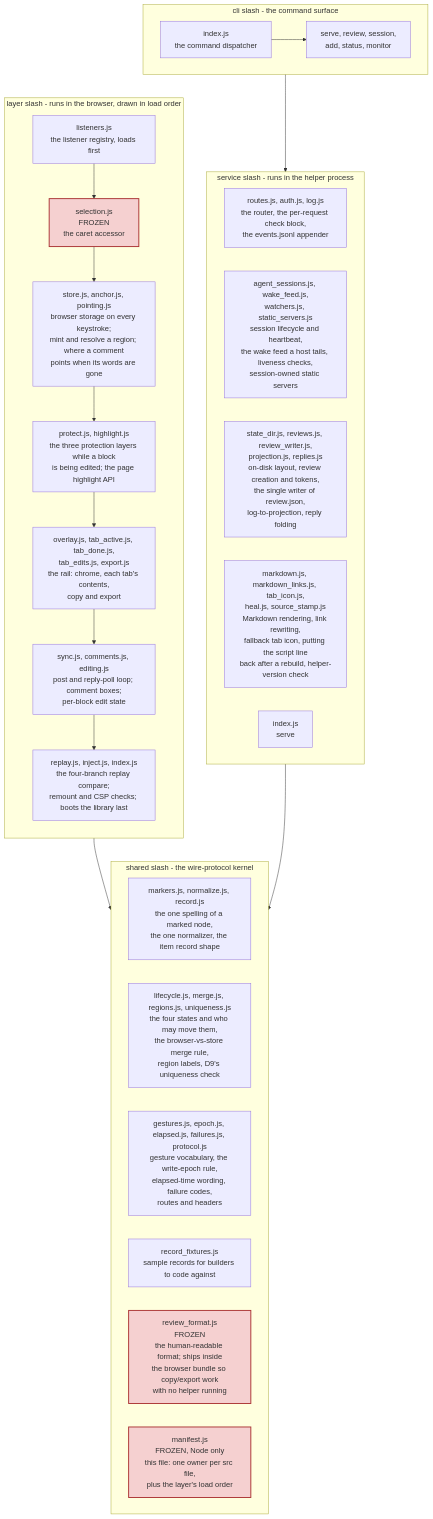
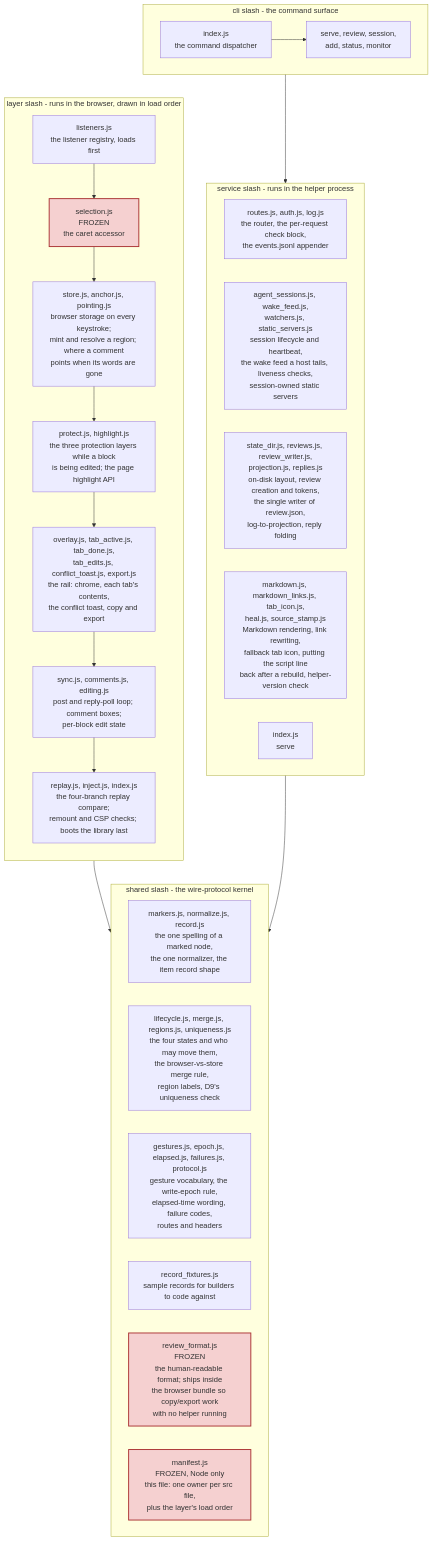
One commit to kenxle/live-agentic-html-editor changed the diagram in docs/diagrams/module_map.md. Above: the diagram before and after it, drawn with Mermaid. The commit also changed 10 other files, not shown here.

````diff
--- a/docs/diagrams/module_map.md
+++ b/docs/diagrams/module_map.md
@@ -5,44 +5,44 @@
 ```mermaid
 flowchart TD
     subgraph SHARED["shared slash - the wire-protocol kernel"]
         SH_CORE["markers.js, normalize.js, record.js<br/>the one spelling of a marked node,<br/>the one normalizer, the item record shape"]
         SH_RULES["lifecycle.js, merge.js, regions.js, uniqueness.js<br/>the four states and who may move them,<br/>the browser-vs-store merge rule,<br/>region labels, D9's uniqueness check"]
         SH_MISC["gestures.js, epoch.js, elapsed.js, failures.js, protocol.js<br/>gesture vocabulary, the write-epoch rule,<br/>elapsed-time wording, failure codes,<br/>routes and headers"]
         SH_FIXT["record_fixtures.js<br/>sample records for builders to code against"]
         SH_FORMAT["review_format.js<br/>FROZEN<br/>the human-readable format; ships inside<br/>the browser bundle so copy/export work<br/>with no helper running"]
         SH_MANIFEST["manifest.js<br/>FROZEN, Node only<br/>this file: one owner per src file,<br/>plus the layer's load order"]
     end
 
     subgraph LAYER["layer slash - runs in the browser, drawn in load order"]
         direction TB
         L1["listeners.js<br/>the listener registry, loads first"]
         L2["selection.js<br/>FROZEN<br/>the caret accessor"]
         L3["store.js, anchor.js, pointing.js<br/>browser storage on every keystroke;<br/>mint and resolve a region; where a comment<br/>points when its words are gone"]
         L4["protect.js, highlight.js<br/>the three protection layers while a block<br/>is being edited; the page highlight API"]
-        L5["overlay.js, tab_active.js, tab_done.js,<br/>tab_edits.js, export.js<br/>the rail: chrome, each tab's contents,<br/>copy and export"]
+        L5["overlay.js, tab_active.js, tab_done.js,<br/>tab_edits.js, conflict_toast.js, export.js<br/>the rail: chrome, each tab's contents,<br/>the conflict toast, copy and export"]
         L6["sync.js, comments.js, editing.js<br/>post and reply-poll loop; comment boxes;<br/>per-block edit state"]
         L7["replay.js, inject.js, index.js<br/>the four-branch replay compare;<br/>remount and CSP checks; boots the library last"]
         L1 --> L2 --> L3 --> L4 --> L5 --> L6 --> L7
     end
 
     subgraph SERVICE["service slash - runs in the helper process"]
         SV_CORE["routes.js, auth.js, log.js<br/>the router, the per-request check block,<br/>the events.jsonl appender"]
         SV_SESS["agent_sessions.js, wake_feed.js,<br/>watchers.js, static_servers.js<br/>session lifecycle and heartbeat,<br/>the wake feed a host tails, liveness checks,<br/>session-owned static servers"]
         SV_STORE["state_dir.js, reviews.js, review_writer.js,<br/>projection.js, replies.js<br/>on-disk layout, review creation and tokens,<br/>the single writer of review.json,<br/>log-to-projection, reply folding"]
         SV_MISC["markdown.js, markdown_links.js, tab_icon.js,<br/>heal.js, source_stamp.js<br/>Markdown rendering, link rewriting,<br/>fallback tab icon, putting the script line<br/>back after a rebuild, helper-version check"]
         SV_INDEX["index.js<br/>serve"]
     end
 
     subgraph CLI["cli slash - the command surface"]
         CLI_INDEX["index.js<br/>the command dispatcher"]
         CLI_CMDS["serve, review, session,<br/>add, status, monitor"]
         CLI_INDEX --> CLI_CMDS
     end
 
     LAYER --> SHARED
     SERVICE --> SHARED
     CLI --> SERVICE
 
     classDef frozen fill:#f5d0d0,stroke:#a33,stroke-width:2px;
     class SH_FORMAT,SH_MANIFEST,L2 frozen;
 ```
````
